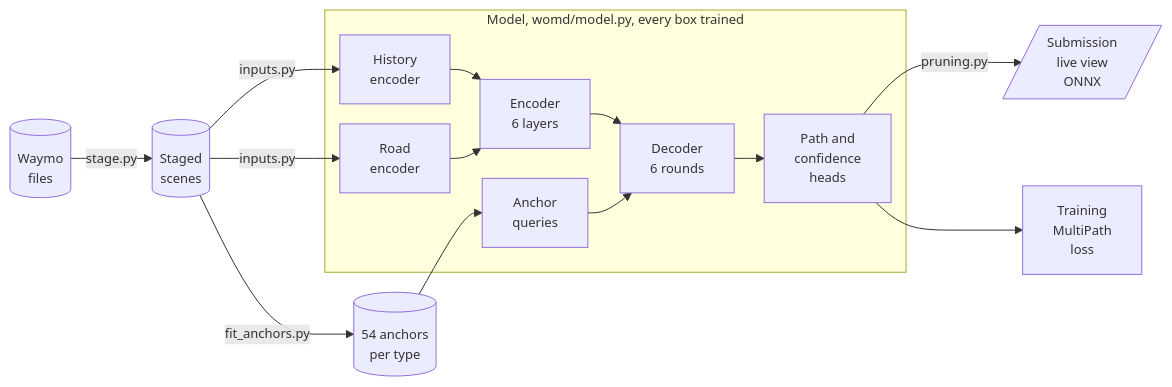
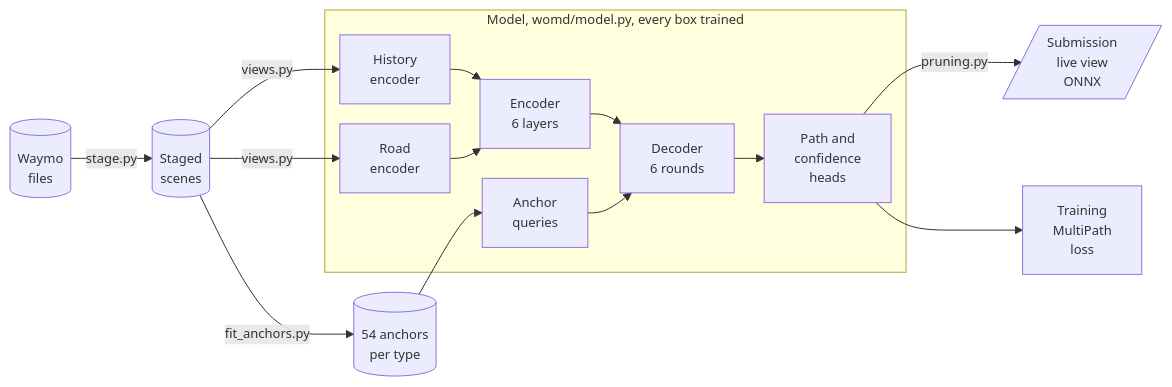
Before and after one commit to Scott-Grew/MotionNet-avPrediction: the diagram in README.md, drawn with Mermaid. The commit also changed other lines of this file and 24 other files, not shown here.

````diff
--- a/README.md
+++ b/README.md
@@ -61,19 +61,19 @@
 ```mermaid
 %%{init: {"flowchart": {"nodeSpacing": 20, "rankSpacing": 30}, "themeVariables": {"fontSize": "13px"}}}%%
 flowchart LR
     RAW[("Waymo<br/>files")] -->|stage.py| STAGED[("Staged<br/>scenes")]
     subgraph MODEL["Model, womd/model.py, every box trained"]
         AGENTS["History<br/>encoder"]
         ROAD["Road<br/>encoder"]
         ENCODER["Encoder<br/>6 layers"]
         QUERY["Anchor<br/>queries"]
         DECODER["Decoder<br/>6 rounds"]
         HEADS["Path and<br/>confidence<br/>heads"]
         AGENTS & ROAD --> ENCODER --> DECODER
         QUERY --> DECODER --> HEADS
     end
-    STAGED -->|inputs.py| AGENTS & ROAD
+    STAGED -->|views.py| AGENTS & ROAD
     STAGED -->|fit_anchors.py| ANCHORS[("54 anchors<br/>per type")] --> QUERY
     HEADS -->|pruning.py| OUT[/"Submission<br/>live view<br/>ONNX"/]
     HEADS --> LOSS["Training<br/>MultiPath<br/>loss"]
 ```
````
